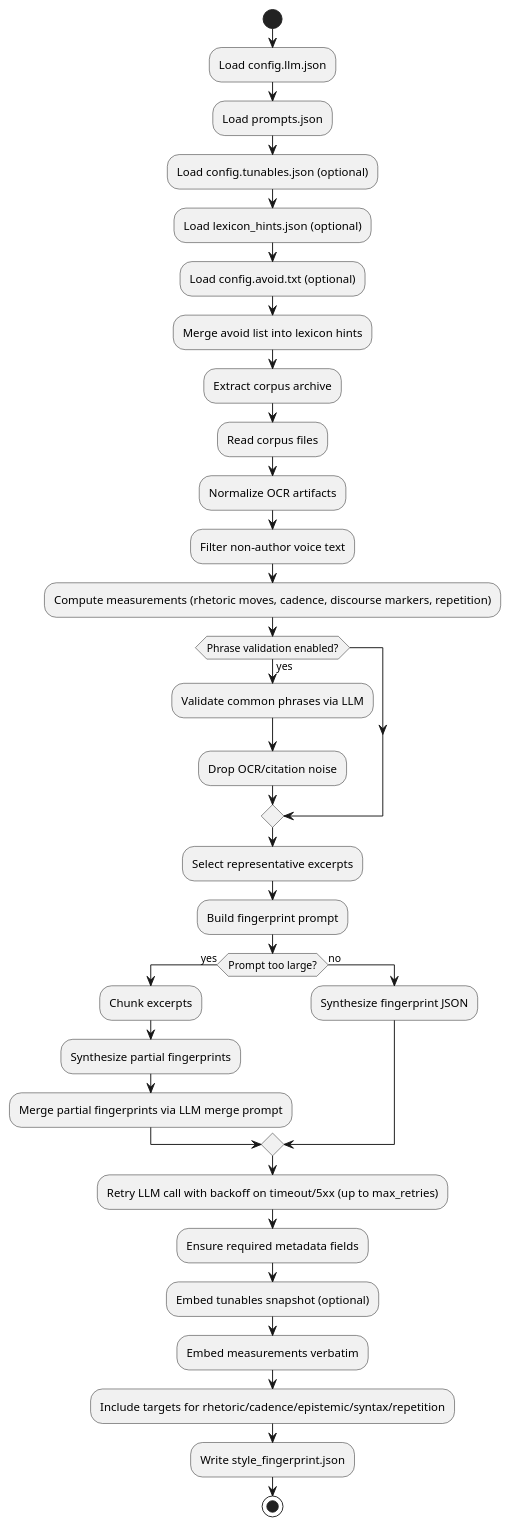
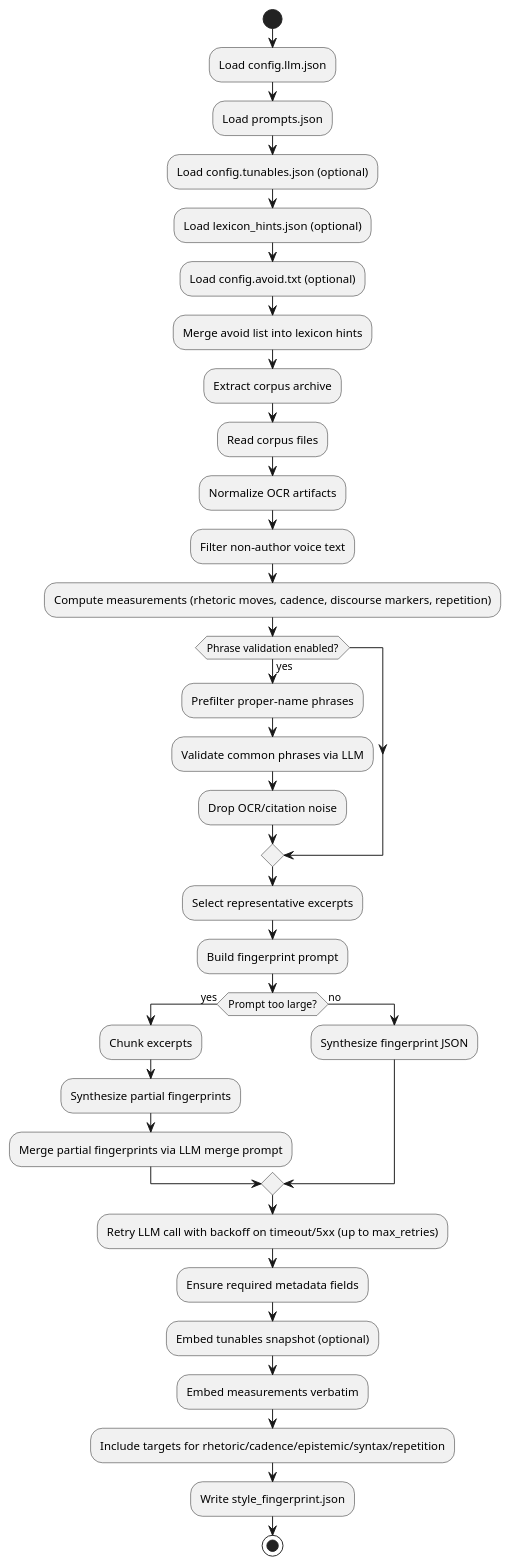
One commit to ngpepin/stylometric-transfer changed the second of 3 diagrams in UML-Fingerprint.md. Above: the diagram before and after it, drawn with PlantUML. The commit also changed other lines of this file and 3 other files, not shown here.

Commit message:
feat: add prefilter for likely proper-name phrases in common-phrase validation

````diff
--- a/UML-Fingerprint.md
+++ b/UML-Fingerprint.md
@@ -80,42 +81,43 @@
 ```plantuml
 @startuml
 start
 :Load config.llm.json;
 :Load prompts.json;
 :Load config.tunables.json (optional);
 :Load lexicon_hints.json (optional);
 :Load config.avoid.txt (optional);
 :Merge avoid list into lexicon hints;
 
 :Extract corpus archive;
 :Read corpus files;
 :Normalize OCR artifacts;
 :Filter non-author voice text;
 :Compute measurements (rhetoric moves, cadence, discourse markers, repetition);
 
 if (Phrase validation enabled?) then (yes)
+  :Prefilter proper-name phrases;
   :Validate common phrases via LLM;
   :Drop OCR/citation noise;
 endif
 
 :Select representative excerpts;
 :Build fingerprint prompt;
 
 if (Prompt too large?) then (yes)
   :Chunk excerpts;
   :Synthesize partial fingerprints;
   :Merge partial fingerprints via LLM merge prompt;
 else (no)
   :Synthesize fingerprint JSON;
 endif
 
 :Retry LLM call with backoff on timeout/5xx (up to max_retries);
 
 :Ensure required metadata fields;
 :Embed tunables snapshot (optional);
 :Embed measurements verbatim;
 :Include targets for rhetoric/cadence/epistemic/syntax/repetition;
 :Write style_fingerprint.json;
 stop
 @enduml
 ```
````
